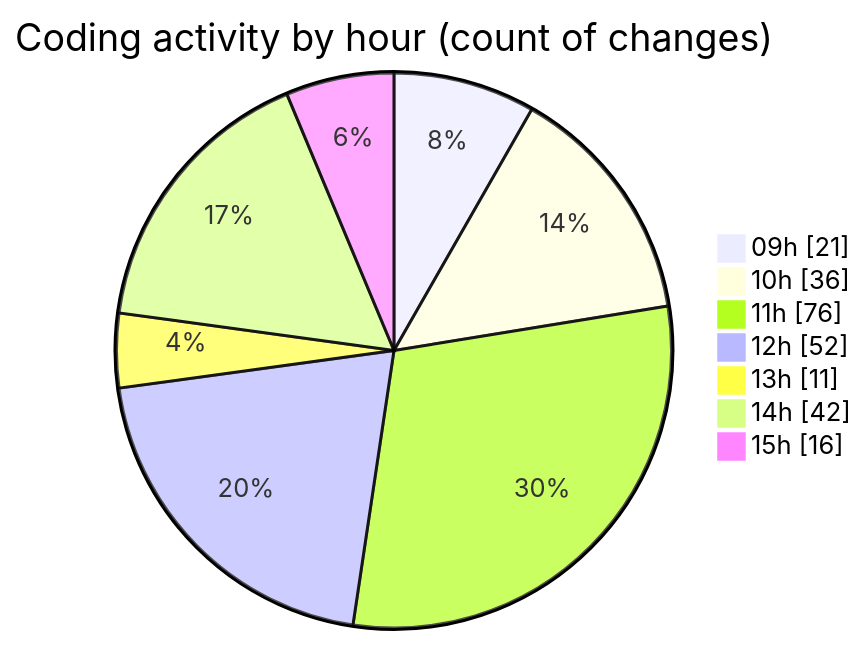
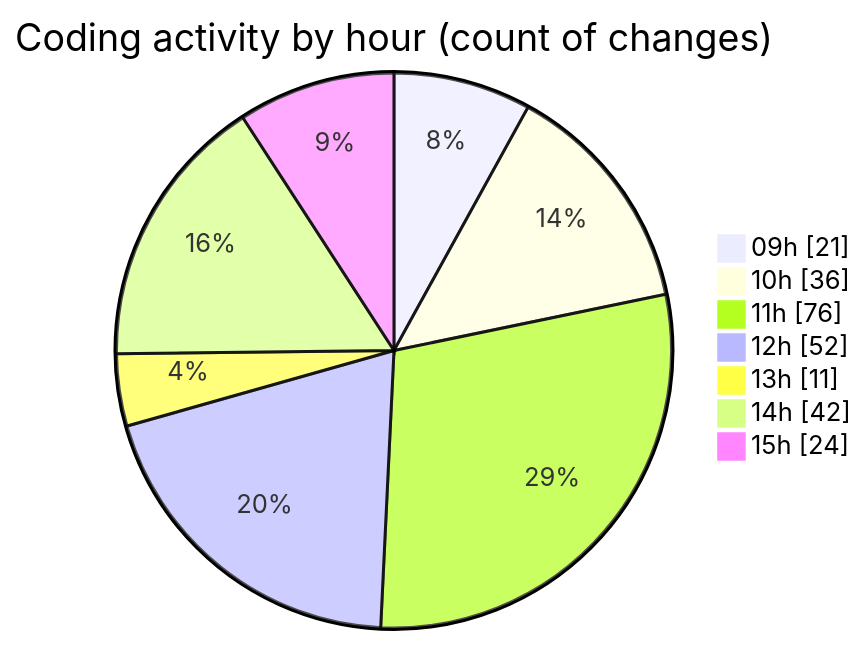
The second of 2 diagrams in 2025-09-09/cda/README.md (momahboobian/code-tracking), drawn with Mermaid before and after one commit. The commit also changed other lines of this file and 1 other file, not shown here.

````diff
--- a/2025-09-09/cda/README.md
+++ b/2025-09-09/cda/README.md
@@ -140,11 +142,11 @@
 ```mermaid
 pie showData
 title Coding activity by hour (count of changes)
 "09h" : 21
 "10h" : 36
 "11h" : 76
 "12h" : 52
 "13h" : 11
 "14h" : 42
-"15h" : 16
+"15h" : 24
 ```
````
